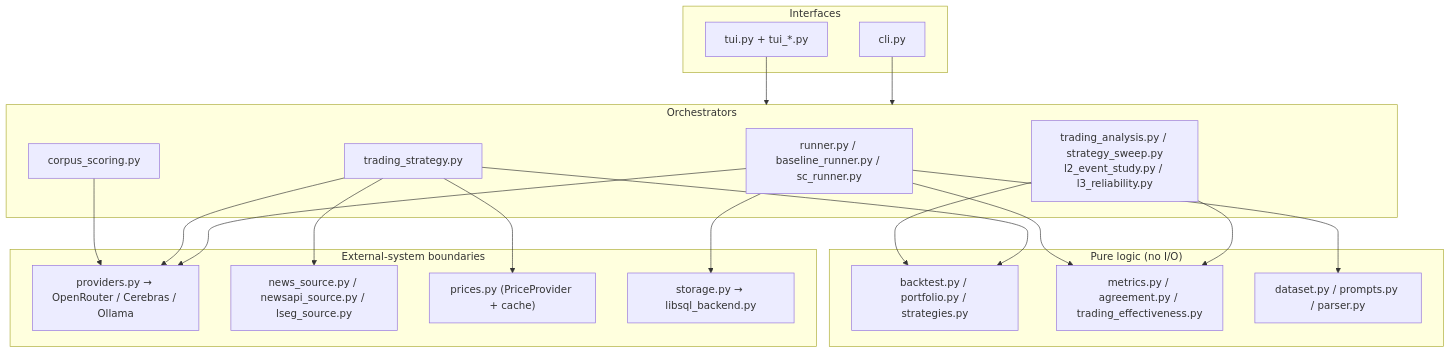
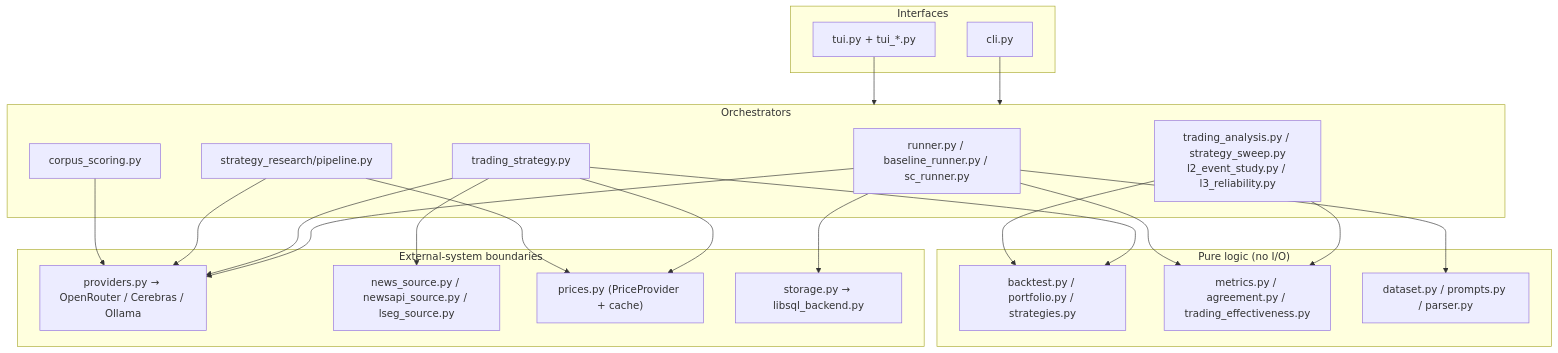
The second of 4 diagrams in docs/architecture.md (PeterLP123/Sentiment_Dissertation), drawn with Mermaid before and after one commit. The commit also changed other lines of this file and 56 other files, not shown here.

Commit message:
feat(strategy): add historical research pipeline

````diff
--- a/docs/architecture.md
+++ b/docs/architecture.md
@@ -38,37 +40,40 @@
 ```mermaid
 flowchart TB
     subgraph Interfaces
         CLI["cli.py"]
         TUI["tui.py + tui_*.py"]
     end
     subgraph Orchestrators
         RUN["runner.py / baseline_runner.py / sc_runner.py"]
         TRAD["trading_strategy.py"]
+        STRAT["strategy_research/pipeline.py"]
         CSM["corpus_scoring.py"]
         ANA["trading_analysis.py / strategy_sweep.py<br/>l2_event_study.py / l3_reliability.py"]
     end
     subgraph Services["External-system boundaries"]
         PROV["providers.py → OpenRouter / Cerebras / Ollama"]
         NEWS["news_source.py / newsapi_source.py / lseg_source.py"]
         PRICE["prices.py (PriceProvider + cache)"]
         STORE["storage.py → libsql_backend.py"]
     end
     subgraph Leaves["Pure logic (no I/O)"]
         BT["backtest.py / portfolio.py / strategies.py"]
         MET["metrics.py / agreement.py / trading_effectiveness.py"]
         DATA["dataset.py / prompts.py / parser.py"]
     end
     CLI --> Orchestrators
     TUI --> Orchestrators
     RUN --> PROV
     RUN --> STORE
     TRAD --> NEWS
     TRAD --> PROV
     TRAD --> PRICE
     TRAD --> BT
+    STRAT --> PROV
+    STRAT --> PRICE
     CSM --> PROV
     ANA --> BT
     ANA --> MET
     RUN --> DATA
     RUN --> MET
 ```
````
